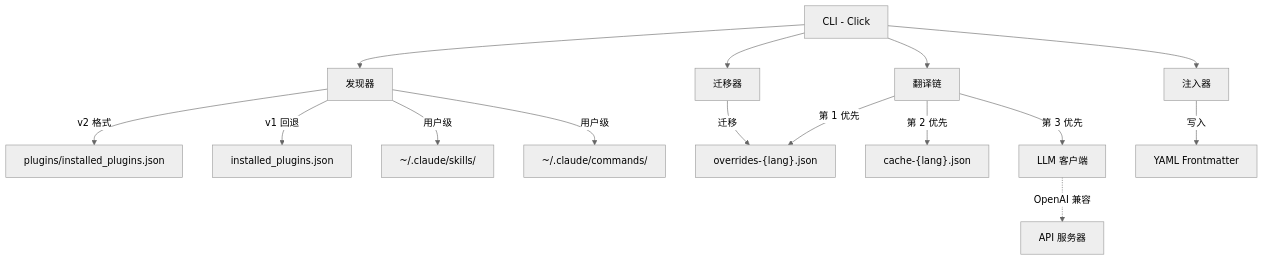
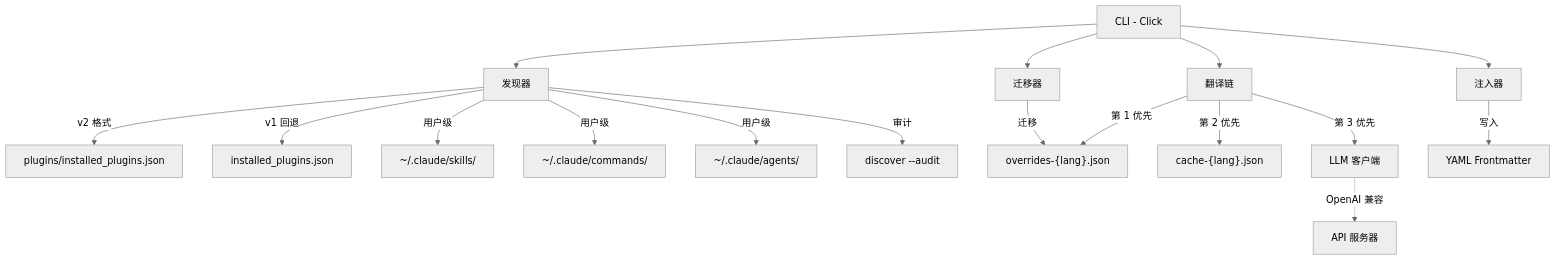
One commit to debug-zhuweijian/claude-translator changed the second of 2 diagrams in README.zh-CN.md. Above: the diagram before and after it, drawn with Mermaid (neutral theme). The commit also changed other lines of this file and 11 other files, not shown here.

````diff
--- a/README.zh-CN.md
+++ b/README.zh-CN.md
@@ -385,21 +386,23 @@
 ```mermaid
 graph TB
     CLI[CLI - Click] --> DISC[发现器]
     CLI --> TRANS[翻译链]
     CLI --> INJ[注入器]
     CLI --> MIGR[迁移器]
 
     DISC --> |v2 格式| V2["plugins/installed_plugins.json"]
     DISC --> |v1 回退| V1["installed_plugins.json"]
     DISC --> |用户级| USER["~/.claude/skills/"]
     DISC --> |用户级| USERC["~/.claude/commands/"]
+    DISC --> |用户级| USERA["~/.claude/agents/"]
+    DISC --> |审计| AUDIT["discover --audit"]
 
     TRANS --> |第 1 优先| OV["overrides-{lang}.json"]
     TRANS --> |第 2 优先| CACHE["cache-{lang}.json"]
     TRANS --> |第 3 优先| LLM[LLM 客户端]
 
     INJ --> |写入| FM[YAML Frontmatter]
     MIGR --> |迁移| OV
 
     LLM -.-> |OpenAI 兼容| API[API 服务器]
 ```
````
